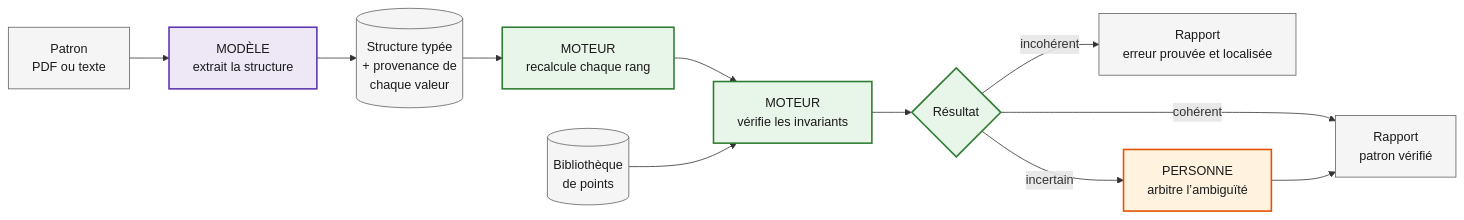
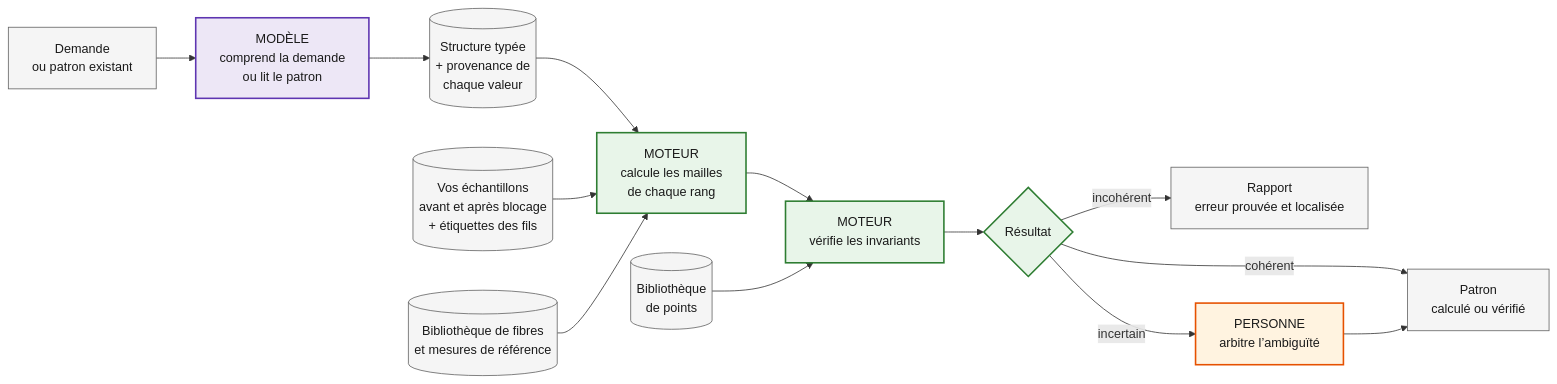
One commit to Isalafont/knitproof changed the diagram in README.md. Above: the diagram before and after it, drawn with Mermaid. The commit also changed other lines of this file, not shown here.

````diff
--- a/README.md
+++ b/README.md
@@ -40,24 +89,28 @@
 ```mermaid
 flowchart LR
-    PDF["Patron<br/>PDF ou texte"]:::data
-    EXT["MODÈLE<br/>extrait la structure"]:::model
+    PDF["Demande<br/>ou patron existant"]:::data
+    EXT["MODÈLE<br/>comprend la demande<br/>ou lit le patron"]:::model
     SPEC[("Structure typée<br/>+ provenance de<br/>chaque valeur")]:::data
+    SWA[("Vos échantillons<br/>avant et après blocage<br/>+ étiquettes des fils")]:::data
+    FIB[("Bibliothèque de fibres<br/>et mesures de référence")]:::data
     LIB[("Bibliothèque<br/>de points")]:::data
-    CALC["MOTEUR<br/>recalcule chaque rang"]:::engine
+    CALC["MOTEUR<br/>calcule les mailles<br/>de chaque rang"]:::engine
     VAL["MOTEUR<br/>vérifie les invariants"]:::engine
     DEC{"Résultat"}:::engine
-    OK["Rapport<br/>patron vérifié"]:::data
+    OK["Patron<br/>calculé ou vérifié"]:::data
     ERR["Rapport<br/>erreur prouvée et localisée"]:::data
     HUM["PERSONNE<br/>arbitre l’ambiguïté"]:::human
 
     PDF --> EXT --> SPEC --> CALC --> VAL --> DEC
+    SWA --> CALC
+    FIB --> CALC
     LIB --> VAL
     DEC -- "cohérent" --> OK
     DEC -- "incohérent" --> ERR
     DEC -- "incertain" --> HUM --> OK
 
     classDef model fill:#EDE7F6,stroke:#5E35B1,stroke-width:2px,color:#1A1A1A
     classDef engine fill:#E8F5E9,stroke:#2E7D32,stroke-width:2px,color:#1A1A1A
     classDef human fill:#FFF3E0,stroke:#E65100,stroke-width:2px,color:#1A1A1A
     classDef data fill:#F5F5F5,stroke:#616161,color:#1A1A1A
 ```
````
